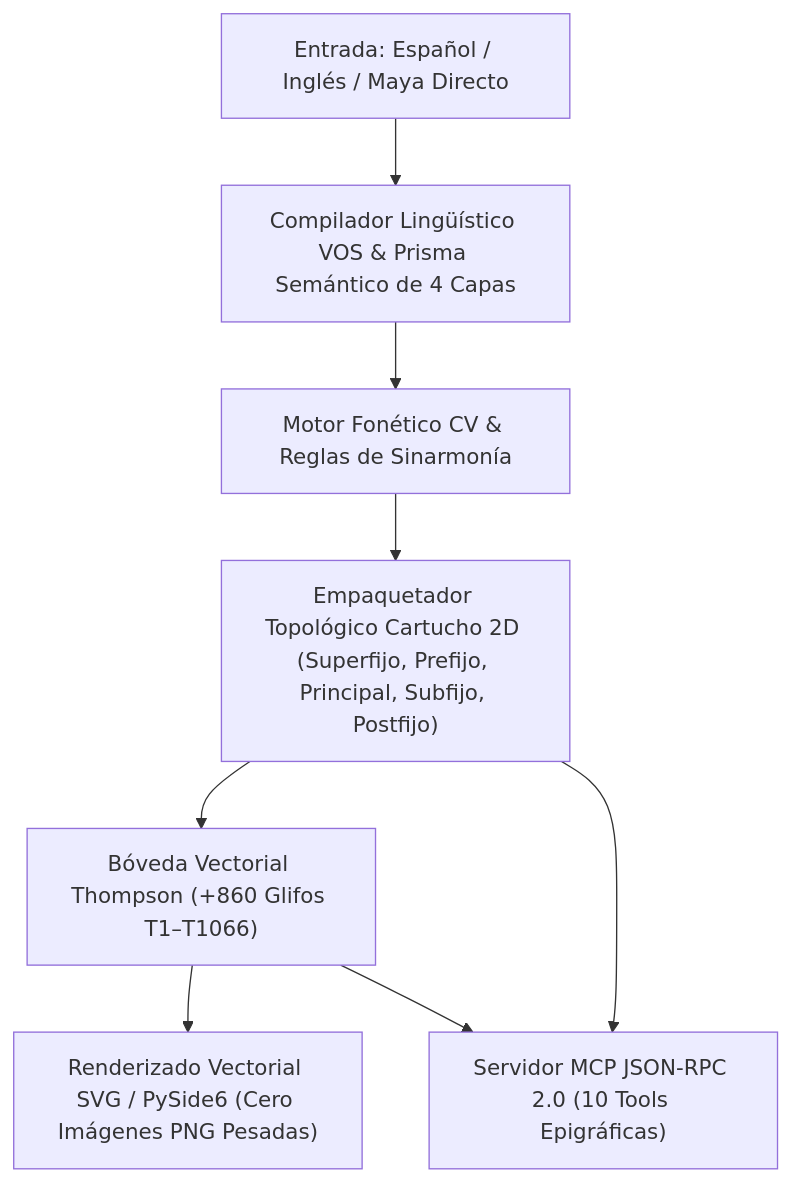
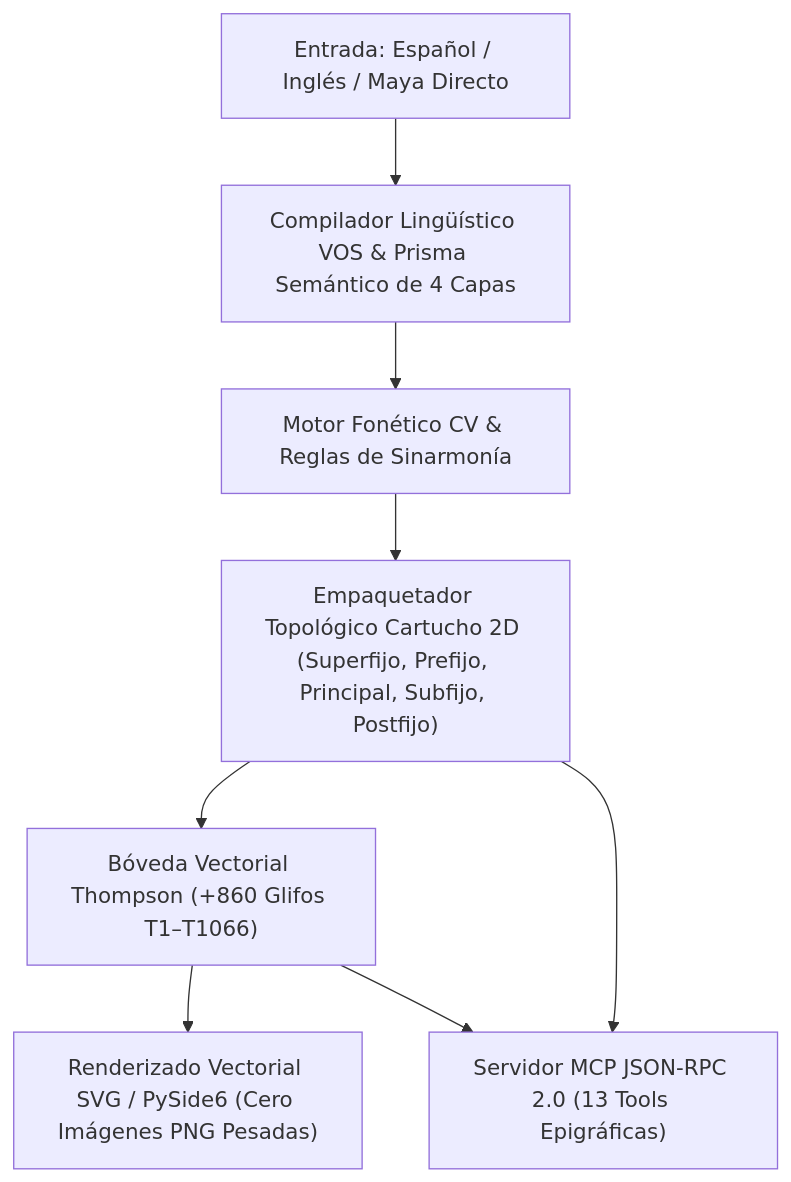
The second of 2 diagrams in README.md (plantacerium/MayanCalendar), drawn with Mermaid before and after one commit. The commit also changed other lines of this file and 4 other files, not shown here.

````diff
--- a/README.md
+++ b/README.md
@@ -498,9 +502,9 @@
 ```mermaid
 graph TD
     A["Entrada: Español / Inglés / Maya Directo"] --> B["Compilador Lingüístico VOS & Prisma Semántico de 4 Capas"]
     B --> C["Motor Fonético CV & Reglas de Sinarmonía"]
     C --> D["Empaquetador Topológico Cartucho 2D (Superfijo, Prefijo, Principal, Subfijo, Postfijo)"]
     D --> E["Bóveda Vectorial Thompson (+860 Glifos T1–T1066)"]
     E --> F["Renderizado Vectorial SVG / PySide6 (Cero Imágenes PNG Pesadas)"]
-    D & E --> G["Servidor MCP JSON-RPC 2.0 (10 Tools Epigráficas)"]
+    D & E --> G["Servidor MCP JSON-RPC 2.0 (13 Tools Epigráficas)"]
 ```
````
